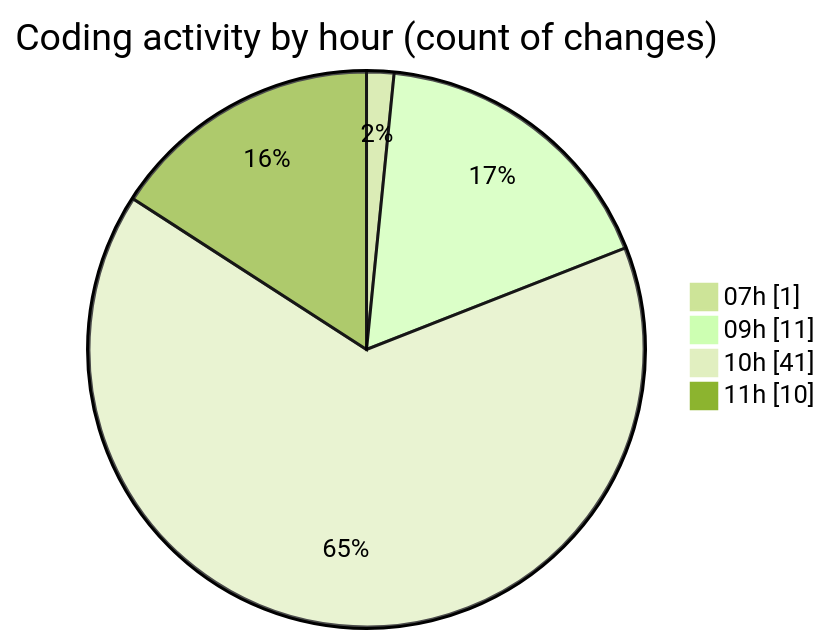
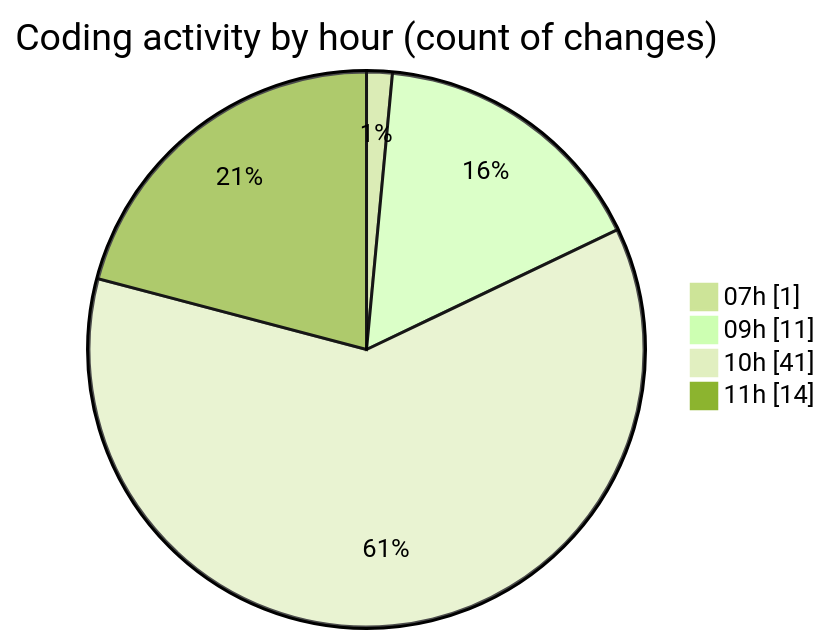
Before and after one commit to becaeroporto-bot/code-tracking: the second of 2 diagrams in 2026-02-17/id_ia/README.md, drawn with Mermaid (forest theme). The commit also changed other lines of this file and 1 other file, not shown here.

````diff
--- a/2026-02-17/id_ia/README.md
+++ b/2026-02-17/id_ia/README.md
@@ -56,8 +59,8 @@
 ```mermaid
 pie showData
 title Coding activity by hour (count of changes)
 "07h" : 1
 "09h" : 11
 "10h" : 41
-"11h" : 10
+"11h" : 14
 ```
````
